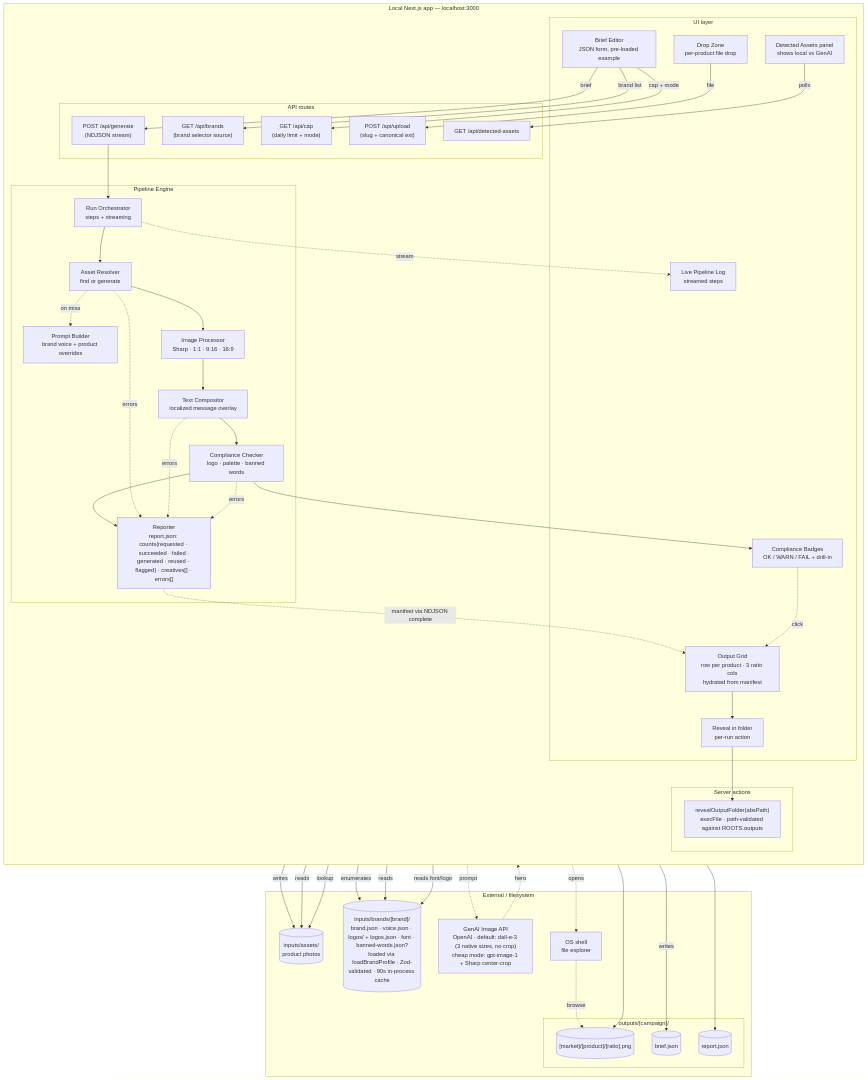
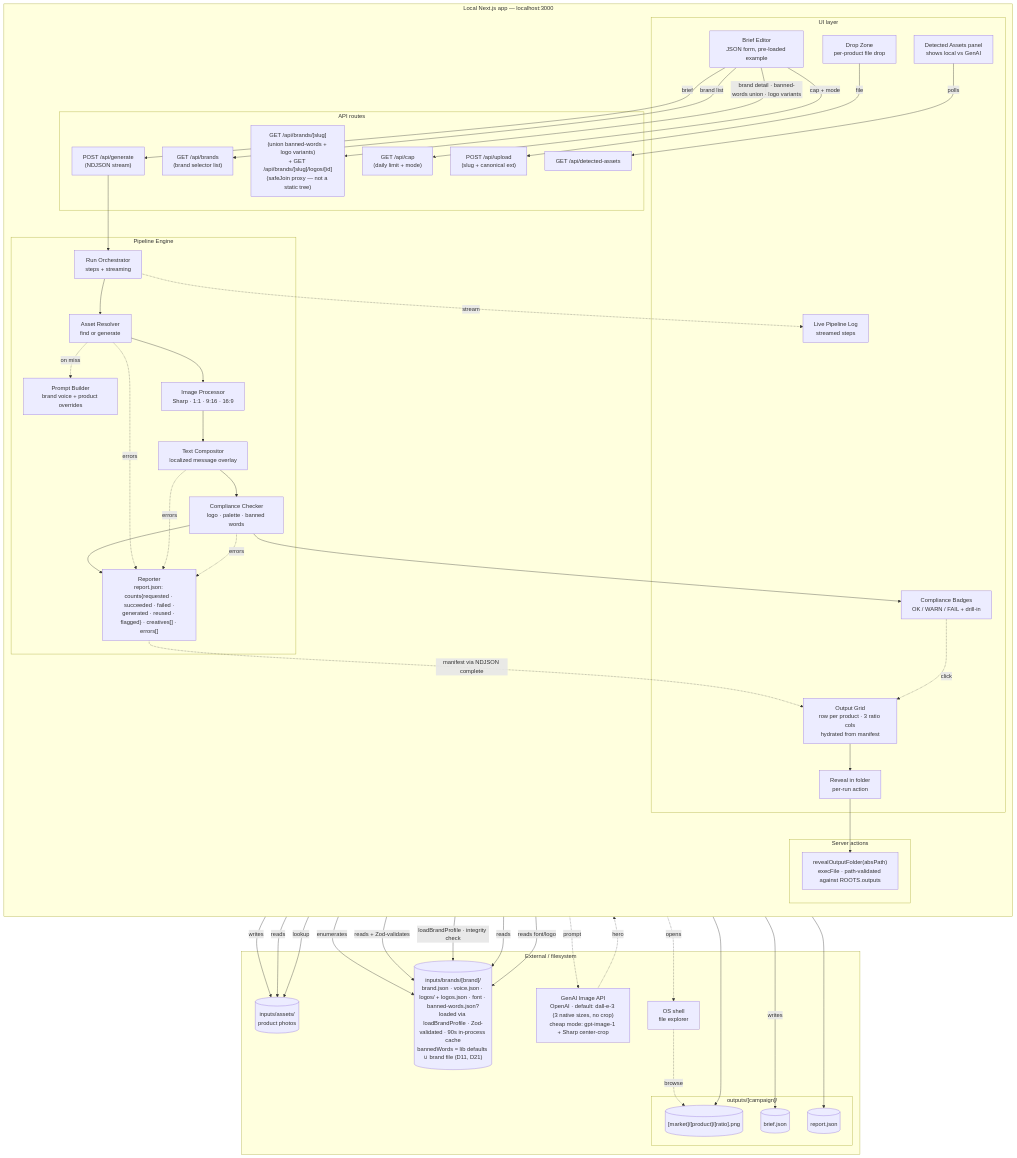
Before and after one commit to arndvs/cast: the third of 5 diagrams in docs/system-map.md, drawn with Mermaid. The commit also changed other lines of this file and 3 other files, not shown here.

First line of the commit message:
docs: union banned-words model + GET /api/brands/[slug] detail API

```diff
--- a/docs/system-map.md
+++ b/docs/system-map.md
@@ -83,7 +83,7 @@
 graph TB
     subgraph External["External / filesystem"]
         Inputs[("inputs/assets/<br/>product photos")]
-        BrandProfile[("inputs/brands/[brand]/<br/>brand.json · voice.json · logos/ + logos.json · font · banned-words.json?<br/>loaded via loadBrandProfile · Zod-validated · 90s in-process cache")]
+        BrandProfile[("inputs/brands/[brand]/<br/>brand.json · voice.json · logos/ + logos.json · font · banned-words.json?<br/>loaded via loadBrandProfile · Zod-validated · 90s in-process cache<br/>bannedWords = lib defaults ∪ brand file (D11, D21)")]
         subgraph CampaignOut["outputs/[campaign]/"]
             Outputs[("[market]/[product]/[ratio].png")]
             BriefFile[("brief.json")]
@@ -110,7 +110,8 @@
             UploadAPI["POST /api/upload<br/>(slug + canonical ext)"]
             DetectedAPI["GET /api/detected-assets"]
             GenerateAPI["POST /api/generate<br/>(NDJSON stream)"]
-            BrandsAPI["GET /api/brands<br/>(brand selector source)"]
+            BrandsAPI["GET /api/brands<br/>(brand selector list)"]
+            BrandDetailAPI["GET /api/brands/[slug]<br/>(union banned-words + logo variants)<br/>+ GET /api/brands/[slug]/logos/[id]<br/>(safeJoin proxy — not a static tree)"]
             CapAPI["GET /api/cap<br/>(daily limit + mode)"]
         end
 
@@ -131,8 +132,11 @@
 
     Editor -->|brief| GenerateAPI
     Editor -->|brand list| BrandsAPI
+    Editor -->|brand detail · banned-words union · logo variants| BrandDetailAPI
     Editor -->|cap + mode| CapAPI
     BrandsAPI -->|enumerates| BrandProfile
+    BrandDetailAPI -->|reads + Zod-validates| BrandProfile
+    GenerateAPI -->|loadBrandProfile · integrity check| BrandProfile
     DropZone -->|file| UploadAPI
     UploadAPI -->|writes| Inputs
     DetectedPanel -->|polls| DetectedAPI
```
